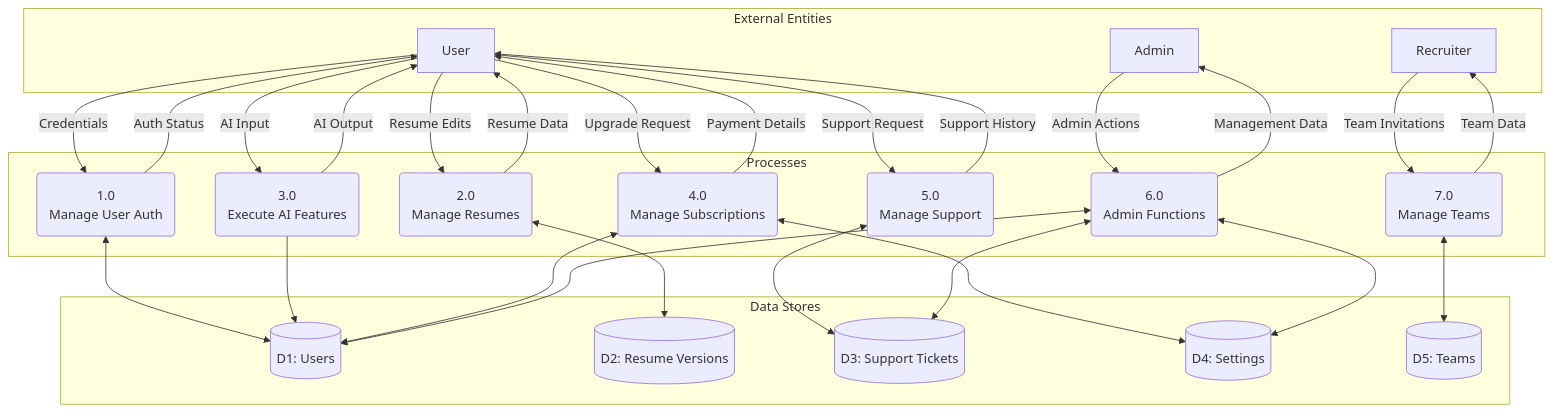
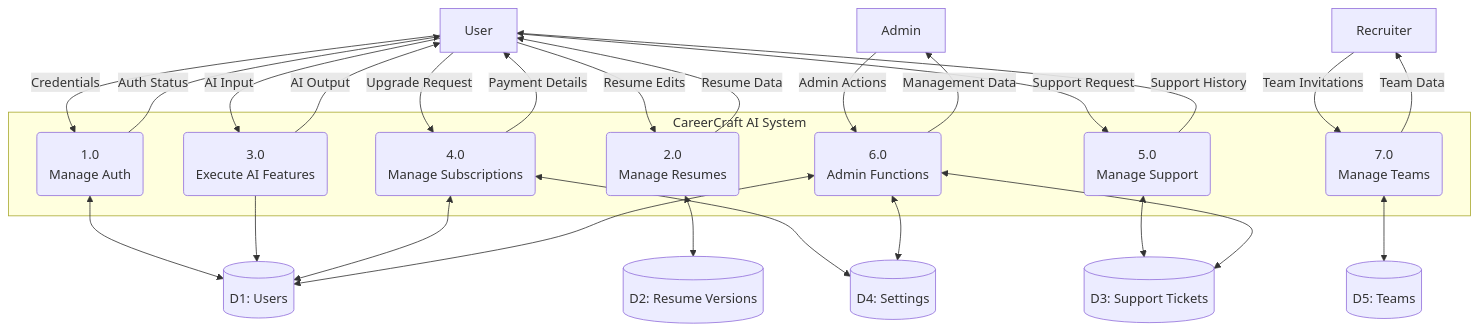
The second of 3 diagrams in PROJECT_REPORT.md (Hit246/carrercraftai), drawn with Mermaid before and after one commit. The commit also changed other lines of this file, not shown here.

````diff
--- a/PROJECT_REPORT.md
+++ b/PROJECT_REPORT.md
@@ -251,57 +245,53 @@
 ```mermaid
 graph TD
-    subgraph External Entities
-        U[User]
-        R[Recruiter]
-        A[Admin]
-    end
+    U[User]
+    R[Recruiter]
+    A[Admin]
 
-    subgraph Processes
-        P1("1.0<br>Manage User Auth")
+    subgraph "CareerCraft AI System"
+        P1("1.0<br>Manage Auth")
         P2("2.0<br>Manage Resumes")
         P3("3.0<br>Execute AI Features")
         P4("4.0<br>Manage Subscriptions")
         P5("5.0<br>Manage Support")
         P6("6.0<br>Admin Functions")
         P7("7.0<br>Manage Teams")
     end
 
-    subgraph Data Stores
-        D1[("D1: Users")]
-        D2[("D2: Resume Versions")]
-        D3[("D3: Support Tickets")]
-        D4[("D4: Settings")]
-        D5[("D5: Teams")]
-    end
+    D1[("D1: Users")]
+    D2[("D2: Resume Versions")]
+    D3[("D3: Support Tickets")]
+    D4[("D4: Settings")]
+    D5[("D5: Teams")]
 
     U -- "Credentials" --> P1
     P1 -- "Auth Status" --> U
     P1 <--> D1
 
     U -- "Resume Edits" --> P2
     P2 -- "Resume Data" --> U
     P2 <--> D2
 
     U -- "AI Input" --> P3
     P3 -- "AI Output" --> U
     P3 --> D1
 
     U -- "Upgrade Request" --> P4
     P4 -- "Payment Details" --> U
     P4 <--> D1
     P4 <--> D4
     
     U -- "Support Request" --> P5
     P5 -- "Support History" --> U
     P5 <--> D3
 
     R -- "Team Invitations" --> P7
     P7 -- "Team Data" --> R
     P7 <--> D5
 
     A -- "Admin Actions" --> P6
     P6 -- "Management Data" --> A
     P6 <--> D1
     P6 <--> D3
     P6 <--> D4
 ```
````
